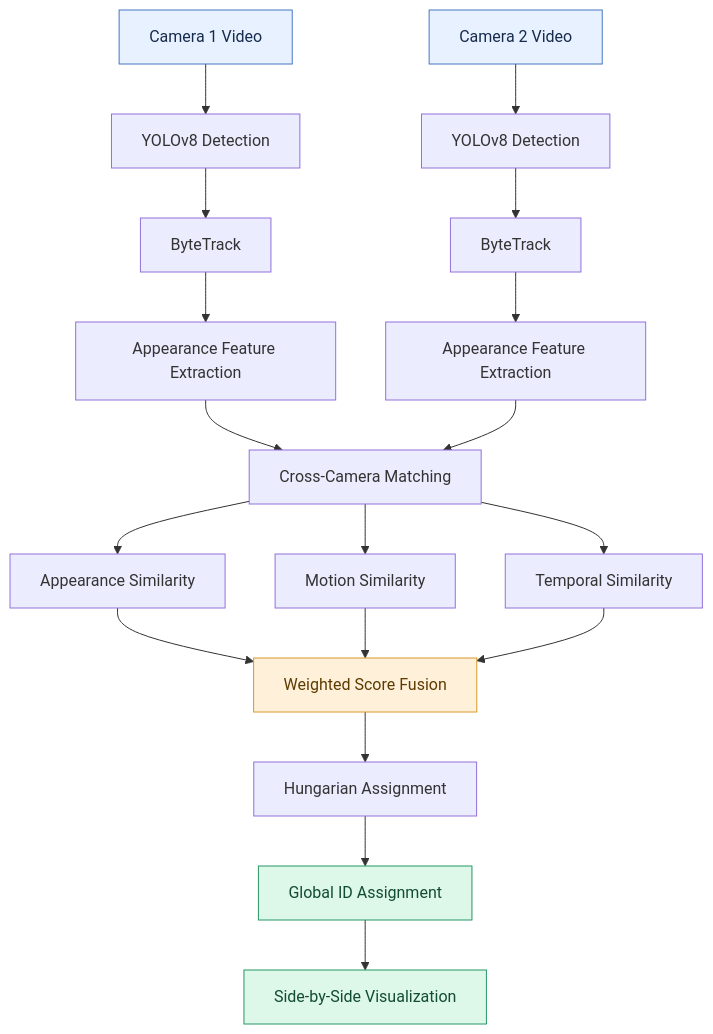
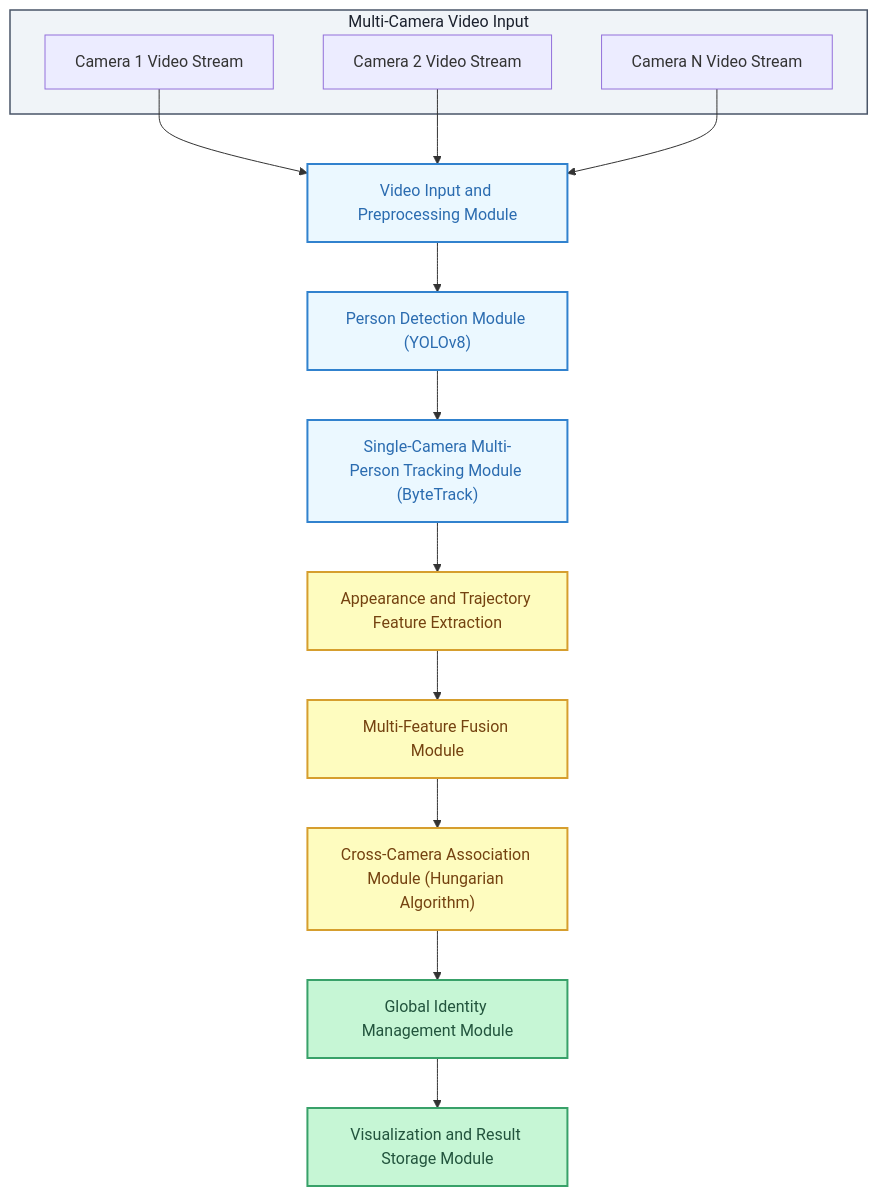
The first of 5 diagrams in README.md (AdityaSirsalkar001/Cross-Camera-ReId), drawn with Mermaid before and after one commit. The commit also changed other lines of this file and 34 other files, not shown here.

````diff
--- a/README.md
+++ b/README.md
@@ -107,32 +105,38 @@
 ```mermaid
-flowchart TD
-    A["Camera 1 Video"] --> C["YOLOv8 Detection"]
-    B["Camera 2 Video"] --> D["YOLOv8 Detection"]
+graph TD
+    subgraph Inputs["Multi-Camera Video Input"]
+        CAM1["Camera 1 Video Stream"]
+        CAM2["Camera 2 Video Stream"]
+        CAMN["Camera N Video Stream"]
+    end
 
-    C --> E["ByteTrack"]
-    D --> F["ByteTrack"]
+    VIM["Video Input and Preprocessing Module"]
+    DET["Person Detection Module (YOLOv8)"]
+    TRK["Single-Camera Multi-Person Tracking Module (ByteTrack)"]
+    FEAT["Appearance and Trajectory Feature Extraction"]
+    FUSE["Multi-Feature Fusion Module"]
+    ASSOC["Cross-Camera Association Module (Hungarian Algorithm)"]
+    GID["Global Identity Management Module"]
+    VIS["Visualization and Result Storage Module"]
 
-    E --> G["Appearance Feature Extraction"]
-    F --> H["Appearance Feature Extraction"]
+    CAM1 --> VIM
+    CAM2 --> VIM
+    CAMN --> VIM
+    VIM --> DET
+    DET --> TRK
+    TRK --> FEAT
+    FEAT --> FUSE
+    FUSE --> ASSOC
+    ASSOC --> GID
+    GID --> VIS
 
-    G --> I["Cross-Camera Matching"]
-    H --> I
-
-    I --> J["Appearance Similarity"]
-    I --> K["Motion Similarity"]
-    I --> L["Temporal Similarity"]
-
-    J --> M["Weighted Score Fusion"]
-    K --> M
-    L --> M
-
-    M --> N["Hungarian Assignment"]
-    N --> O["Global ID Assignment"]
-    O --> P["Side-by-Side Visualization"]
-
-    style A fill:#E8F1FF,stroke:#4776C5,color:#172B4D
-    style B fill:#E8F1FF,stroke:#4776C5,color:#172B4D
-    style M fill:#FFF0D9,stroke:#D99A2B,color:#5C3B00
-    style O fill:#DDF7E8,stroke:#279764,color:#124C32
-    style P fill:#DDF7E8,stroke:#279764,color:#124C32
+    style Inputs fill:#F0F4F8,stroke:#4A5568,stroke-width:1.5px,color:#1A202C
+    style VIM fill:#EBF8FF,stroke:#3182CE,stroke-width:2px,color:#2B6CB0
+    style DET fill:#EBF8FF,stroke:#3182CE,stroke-width:2px,color:#2B6CB0
+    style TRK fill:#EBF8FF,stroke:#3182CE,stroke-width:2px,color:#2B6CB0
+    style FEAT fill:#FEFCBF,stroke:#D69E2E,stroke-width:2px,color:#744210
+    style FUSE fill:#FEFCBF,stroke:#D69E2E,stroke-width:2px,color:#744210
+    style ASSOC fill:#FEFCBF,stroke:#D69E2E,stroke-width:2px,color:#744210
+    style GID fill:#C6F6D5,stroke:#38A169,stroke-width:2px,color:#22543D
+    style VIS fill:#C6F6D5,stroke:#38A169,stroke-width:2px,color:#22543D
 ```
````
